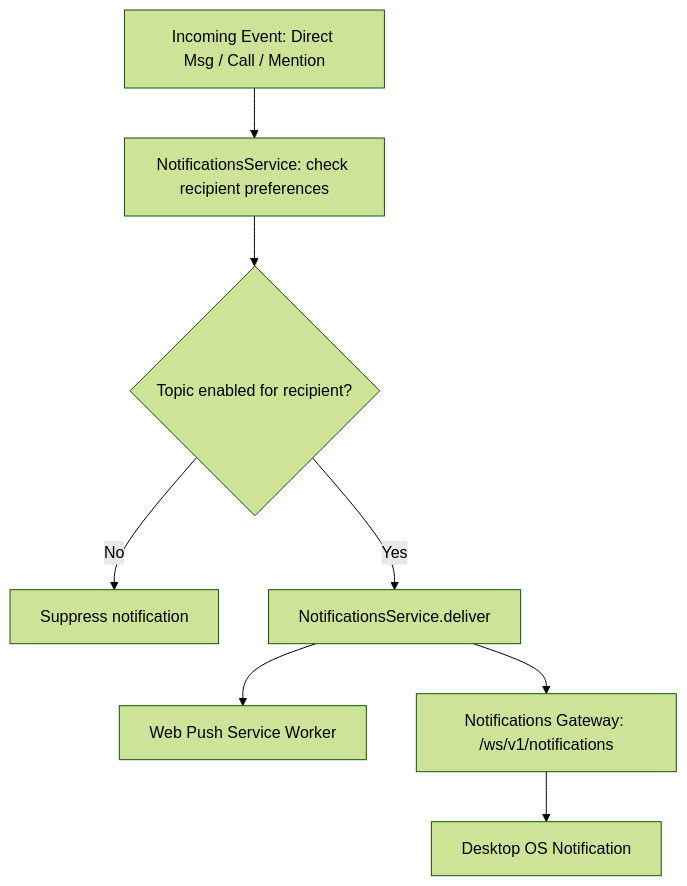
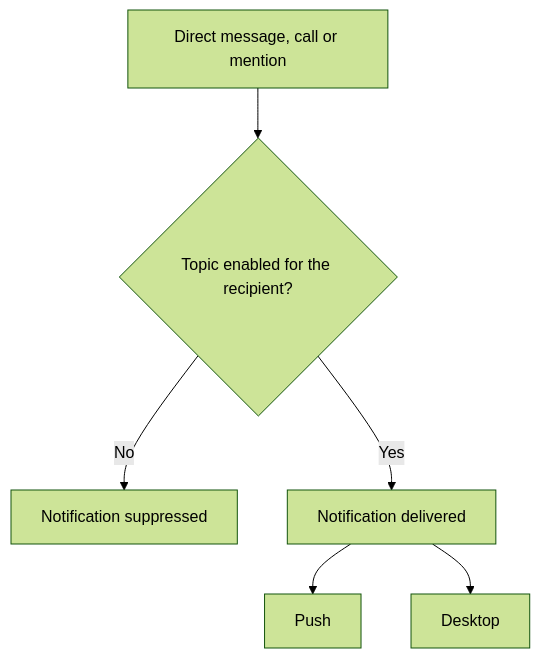
The diagram in docs/NOTIFICATIONS.md (Quenary/konvoez), drawn with Mermaid (forest theme) before and after one commit. The commit also changed other lines of this file, not shown here.

Commit message:
docs: rewrite notifications doc as business logic only

````diff
--- a/docs/NOTIFICATIONS.md
+++ b/docs/NOTIFICATIONS.md
@@ -28,10 +28,8 @@
 ```mermaid
 flowchart TD
-  Event[Incoming Event: Direct Msg / Call / Mention] --> Check[NotificationsService: check recipient preferences]
-  Check --> Match{Topic enabled for recipient?}
-  Match -- No --> Drop[Suppress notification]
-  Match -- Yes --> Deliver[NotificationsService.deliver]
-  Deliver --> Push[Web Push Service Worker]
-  Deliver --> WS[Notifications Gateway: /ws/v1/notifications]
-  WS --> Desktop[Desktop OS Notification]
+  Event[Direct message, call or mention] --> Check{Topic enabled for the recipient?}
+  Check -- No --> Drop[Notification suppressed]
+  Check -- Yes --> Deliver[Notification delivered]
+  Deliver --> Push[Push]
+  Deliver --> Desktop[Desktop]
 ```
````
